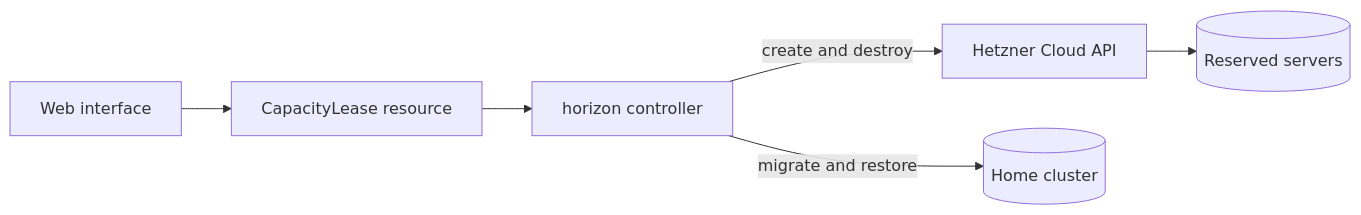
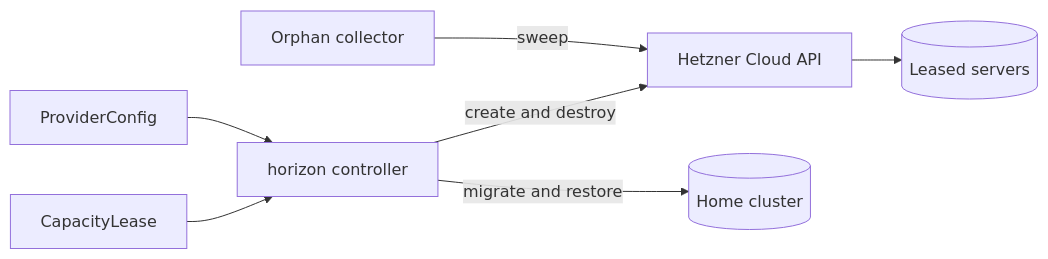
One commit to lucawalz/horizon changed the diagram in README.md. Above: the diagram before and after it, drawn with Mermaid. The commit also changed other lines of this file, not shown here.

````diff
--- a/README.md
+++ b/README.md
@@ -73,8 +140,9 @@
 ```mermaid
 flowchart LR
-  lease[CapacityLease resource] --> controller[horizon controller]
+  lease[CapacityLease] --> controller[horizon controller]
+  config[ProviderConfig] --> controller
   controller -->|create and destroy| hcloud[Hetzner Cloud API]
-  hcloud --> servers[(Reserved servers)]
+  hcloud --> servers[(Leased servers)]
   controller -->|migrate and restore| cluster[(Home cluster)]
-  web[Web interface] --> lease
+  orphan[Orphan collector] -->|sweep| hcloud
 ```
````
